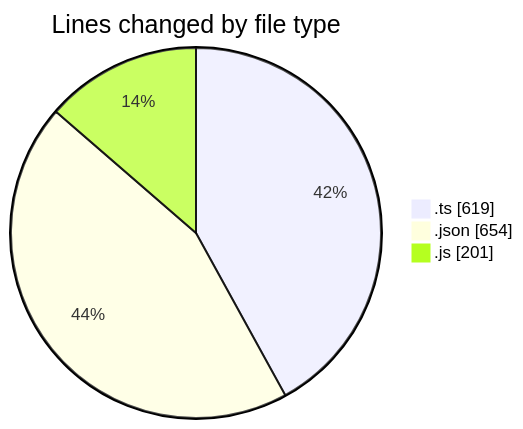
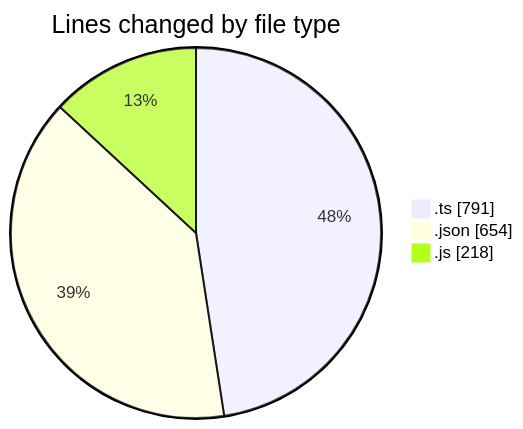
Before and after one commit to EIIisD/code-tracking: the first of 2 diagrams in 2025-08-26/mcp-web/README.md, drawn with Mermaid. The commit also changed other lines of this file and 1 other file, not shown here.

````diff
--- a/2025-08-26/mcp-web/README.md
+++ b/2025-08-26/mcp-web/README.md
@@ -26,7 +26,7 @@
 ```mermaid
 pie showData
 title Lines changed by file type
-".ts" : 619
+".ts" : 791
 ".json" : 654
-".js" : 201
+".js" : 218
 ```
````
